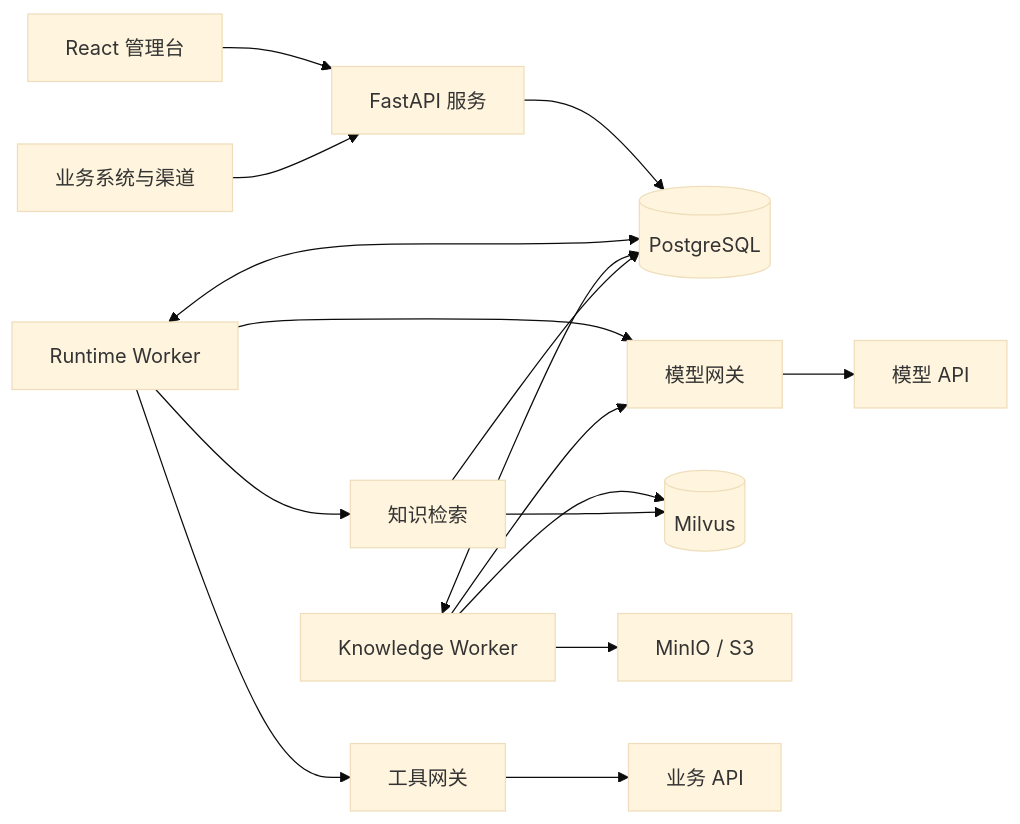
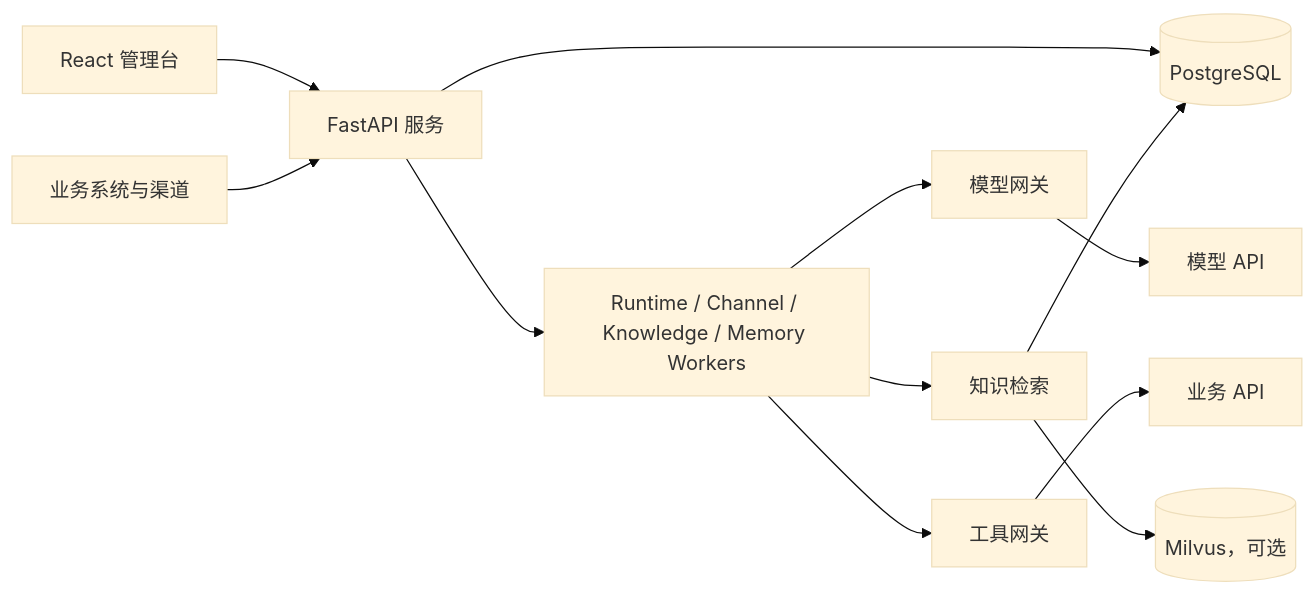
One commit to GroundedCore/nexusdesk changed the diagram in README.zh-CN.md. Above: the diagram before and after it, drawn with Mermaid (base theme). The commit also changed other lines of this file, not shown here.

````diff
--- a/README.zh-CN.md
+++ b/README.zh-CN.md
@@ -172,18 +123,14 @@
 ```mermaid
 flowchart LR
     Console[React 管理台] --> API[FastAPI 服务]
     Channels[业务系统与渠道] --> API
     API --> PG[(PostgreSQL)]
-    Runtime[Runtime Worker] <--> PG
-    Knowledge[Knowledge Worker] <--> PG
-    Runtime --> Gateway[模型网关]
-    Runtime --> Tools[工具网关]
-    Runtime --> Retrieval[知识检索]
-    Knowledge --> Gateway
-    Knowledge --> Milvus[(Milvus)]
-    Knowledge --> Storage[MinIO / S3]
-    Retrieval --> Milvus
-    Retrieval --> PG
+    API --> Workers[Runtime / Channel / Knowledge / Memory Workers]
+    Workers --> Gateway[模型网关]
+    Workers --> Tools[工具网关]
+    Workers --> Retrieval[知识检索]
     Gateway --> Models[模型 API]
     Tools --> Business[业务 API]
+    Retrieval --> PG
+    Retrieval --> Milvus[(Milvus，可选)]
 ```
````
